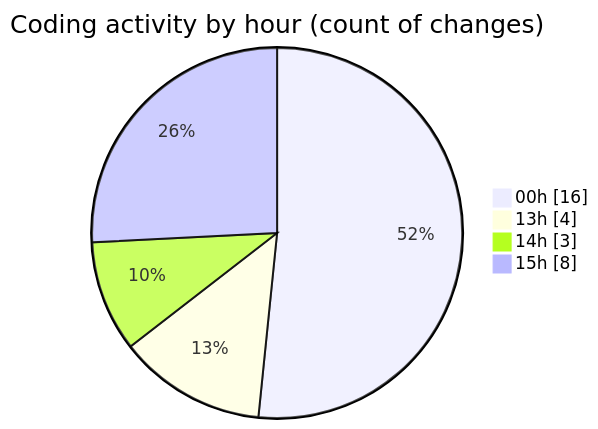
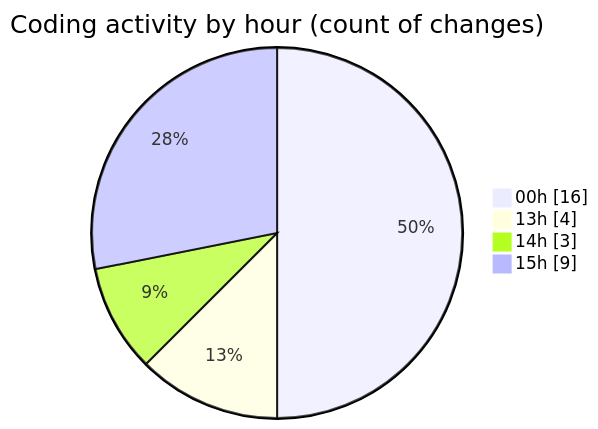
Before and after one commit to EIIisD/code-tracking: the second of 2 diagrams in 2025-07-27/vtuber/README.md, drawn with Mermaid. The commit also changed other lines of this file and 1 other file, not shown here.

````diff
--- a/2025-07-27/vtuber/README.md
+++ b/2025-07-27/vtuber/README.md
@@ -36,8 +36,8 @@
 ```mermaid
 pie showData
 title Coding activity by hour (count of changes)
 "00h" : 16
 "13h" : 4
 "14h" : 3
-"15h" : 8
+"15h" : 9
 ```
````
